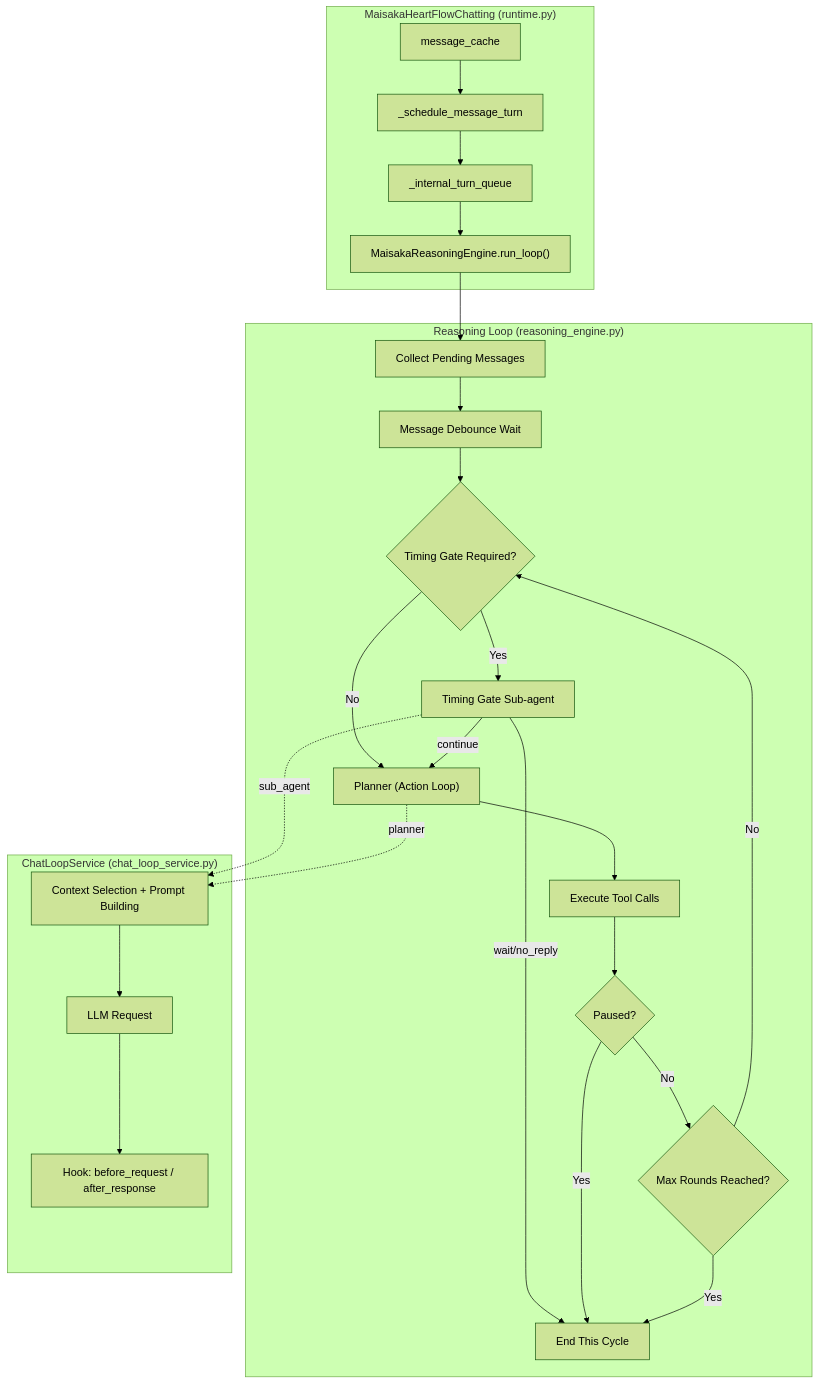
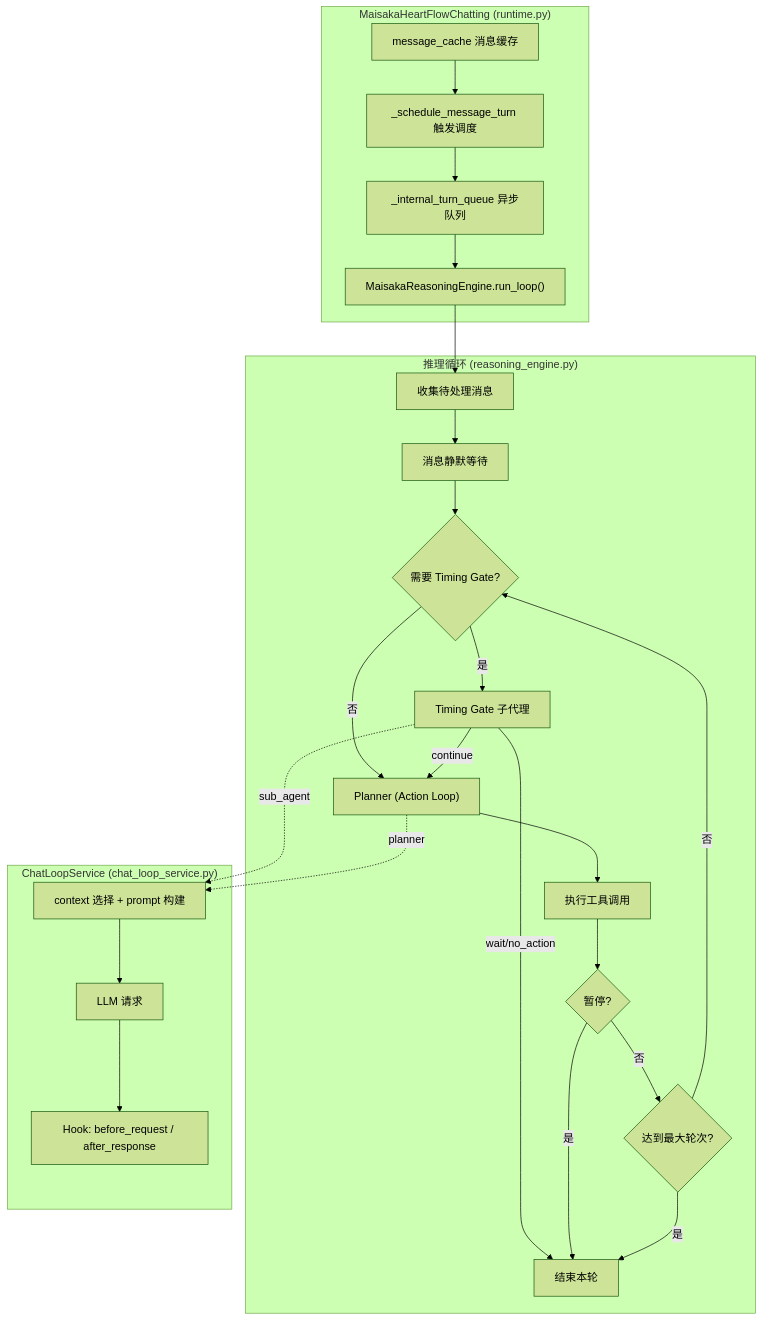
One commit to DrSmoothl/docs changed the first of 9 diagrams in en/develop/architecture/maisaka-reasoning.md. Above: the diagram before and after it, drawn with Mermaid (forest theme). The commit also changed other lines of this file and 50 other files, not shown here.

````diff
--- a/en/develop/architecture/maisaka-reasoning.md
+++ b/en/develop/architecture/maisaka-reasoning.md
@@ -11,29 +9,29 @@
 ```mermaid
 graph TD
     subgraph "MaisakaHeartFlowChatting (runtime.py)"
-        A[message_cache] --> B[_schedule_message_turn]
-        B --> C[_internal_turn_queue]
+        A[message_cache 消息缓存] --> B[_schedule_message_turn 触发调度]
+        B --> C[_internal_turn_queue 异步队列]
         C --> D["MaisakaReasoningEngine.run_loop()"]
     end
-    subgraph "Reasoning Loop (reasoning_engine.py)"
-        D --> E[Collect Pending Messages]
-        E --> F[Message Debounce Wait]
-        F --> G{Timing Gate Required?}
-        G -->|Yes| H["Timing Gate Sub-agent"]
-        G -->|No| I["Planner (Action Loop)"]
+    subgraph "推理循环 (reasoning_engine.py)"
+        D --> E[收集待处理消息]
+        E --> F[消息静默等待]
+        F --> G{需要 Timing Gate?}
+        G -->|是| H["Timing Gate 子代理"]
+        G -->|否| I["Planner (Action Loop)"]
         H -->|continue| I
-        H -->|wait/no_reply| J[End This Cycle]
-        I --> K[Execute Tool Calls]
-        K --> L{Paused?}
-        L -->|Yes| J
-        L -->|No| M{Max Rounds Reached?}
-        M -->|Yes| J
-        M -->|No| G
+        H -->|wait/no_action| J[结束本轮]
+        I --> K[执行工具调用]
+        K --> L{暂停?}
+        L -->|是| J
+        L -->|否| M{达到最大轮次?}
+        M -->|是| J
+        M -->|否| G
     end
     subgraph "ChatLoopService (chat_loop_service.py)"
-        H -.->|sub_agent| N[Context Selection + Prompt Building]
+        H -.->|sub_agent| N[context 选择 + prompt 构建]
         I -.->|planner| N
-        N --> O[LLM Request]
+        N --> O[LLM 请求]
         O --> P["Hook: before_request / after_response"]
     end
 ```
````
